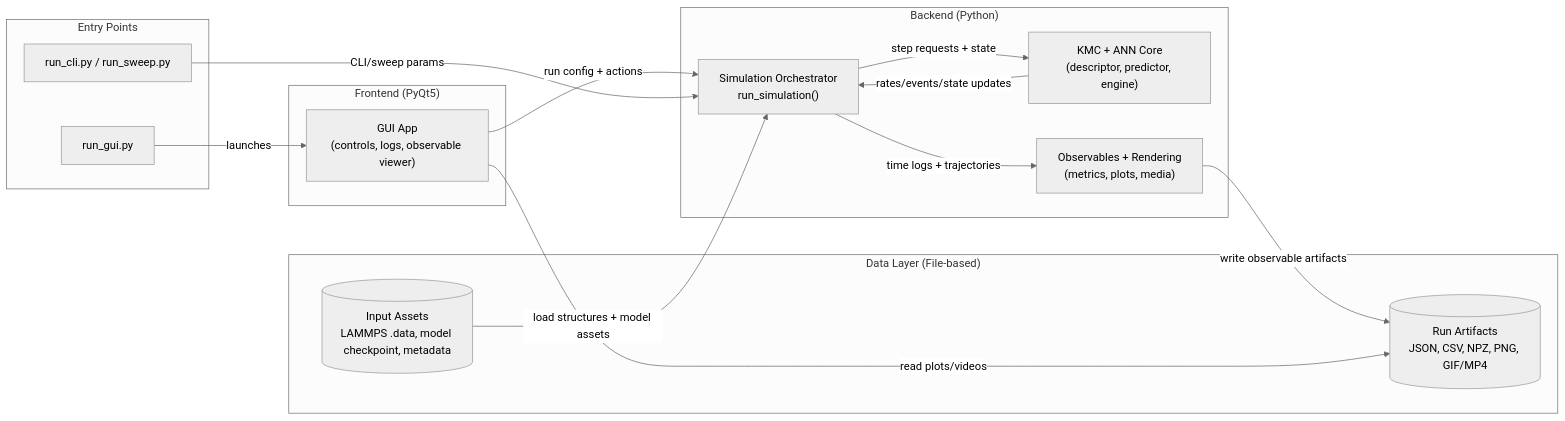
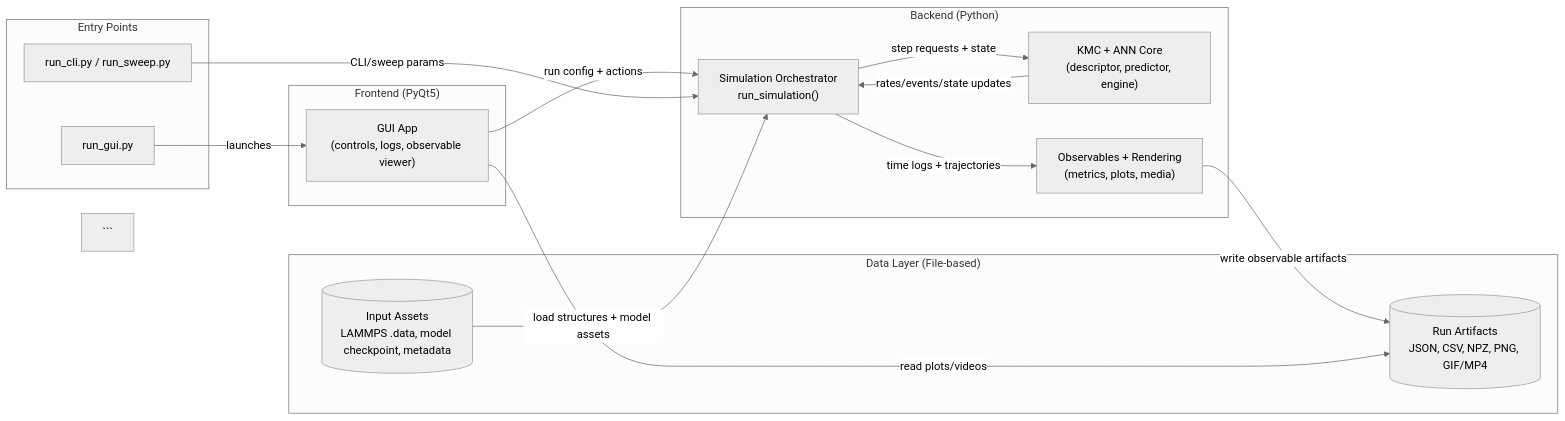
Before and after one commit to danielquinn510/kmc_FeNiCr_Thesis: the diagram in Production/architecture.mmd, drawn with Mermaid (neutral theme).

````diff
--- a/Production/architecture.mmd
+++ b/Production/architecture.mmd
@@ -1,35 +1,34 @@
-```mermaid
 flowchart LR
   subgraph EP["Entry Points"]
     GUI_SCRIPT["run_gui.py"]
     CLI_SCRIPT["run_cli.py / run_sweep.py"]
   end
 
   subgraph FE["Frontend (PyQt5)"]
     UI["GUI App<br/>(controls, logs, observable viewer)"]
   end
 
   subgraph BE["Backend (Python)"]
     ORCH["Simulation Orchestrator<br/>run_simulation()"]
     KMC["KMC + ANN Core<br/>(descriptor, predictor, engine)"]
     ANALYTICS["Observables + Rendering<br/>(metrics, plots, media)"]
   end
 
   subgraph DATA["Data Layer (File-based)"]
     INPUTS[("Input Assets<br/>LAMMPS .data, model checkpoint, metadata")]
     OUTPUTS[("Run Artifacts<br/>JSON, CSV, NPZ, PNG, GIF/MP4")]
   end
 
   GUI_SCRIPT -->|"launches"| UI
   UI -->|"run config + actions"| ORCH
   CLI_SCRIPT -->|"CLI/sweep params"| ORCH
 
   INPUTS -->|"load structures + model assets"| ORCH
   ORCH -->|"step requests + state"| KMC
   KMC -->|"rates/events/state updates"| ORCH
   ORCH -->|"time logs + trajectories"| ANALYTICS
   ANALYTICS -->|"write observable artifacts"| OUTPUTS
 
   UI -->|"read plots/videos"| OUTPUTS
 
 ```
````
